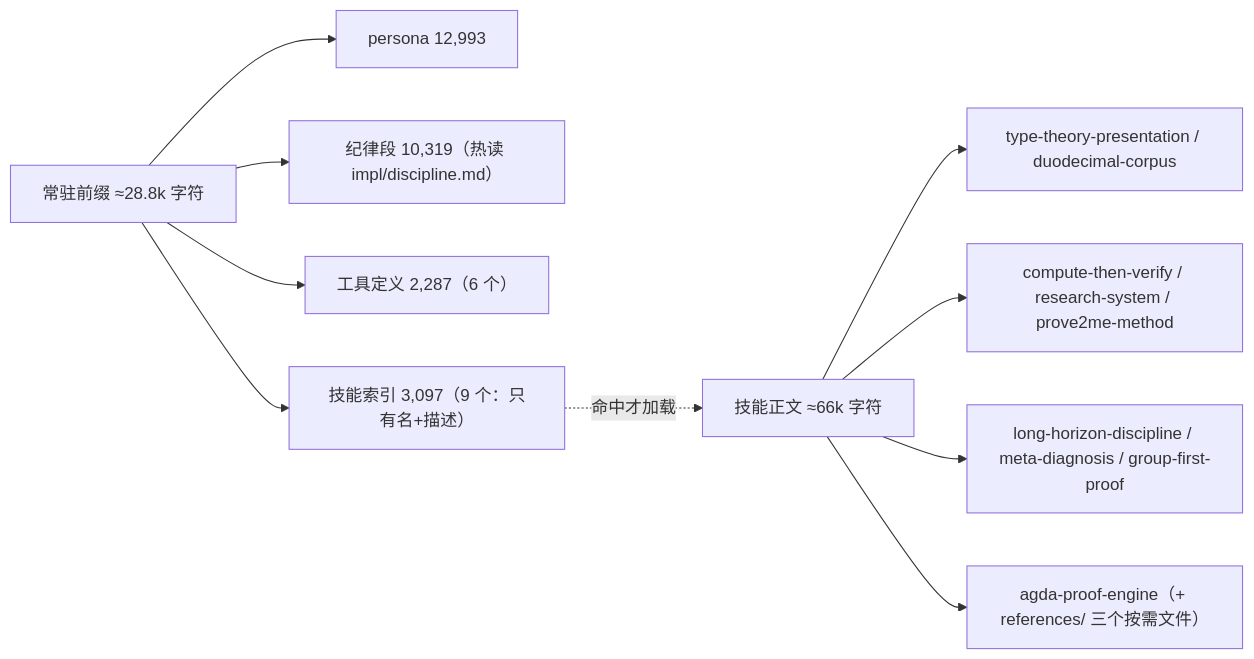
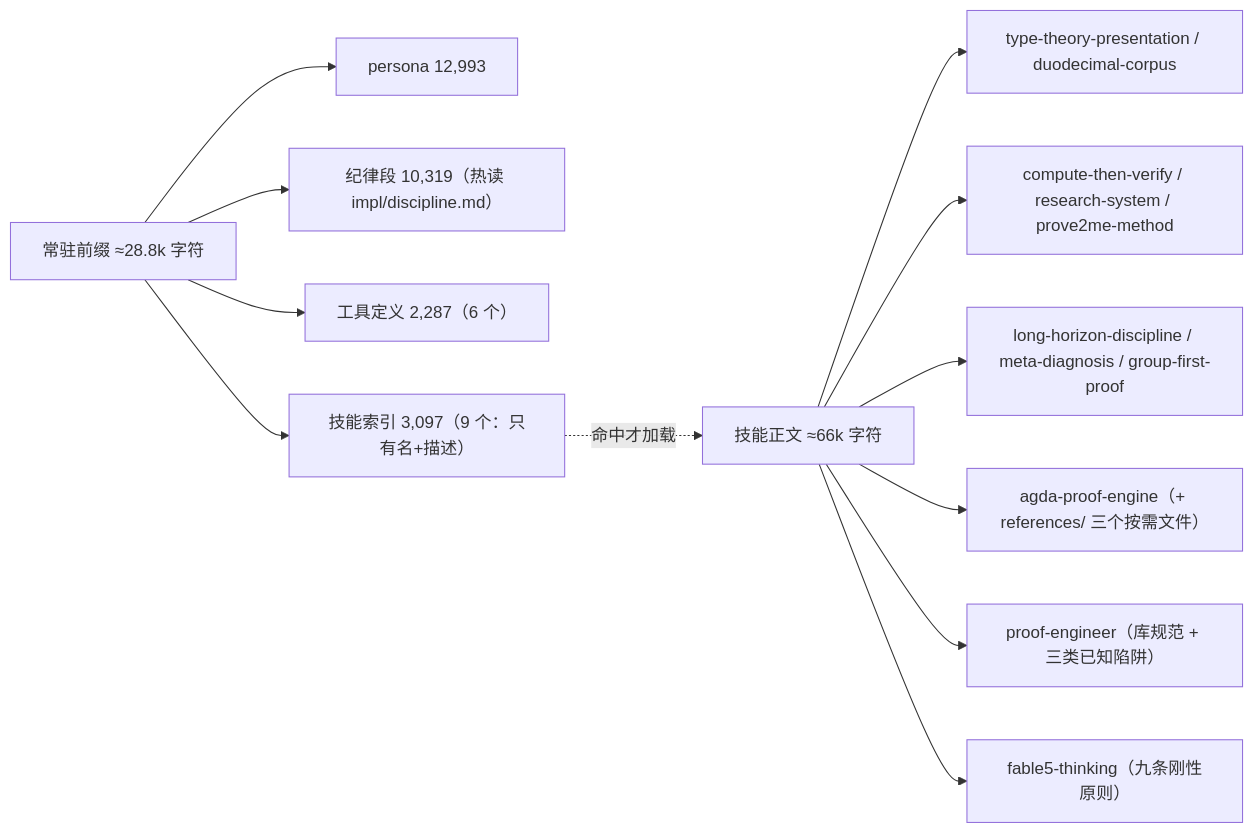
One commit to clearnature/dsh-math-proof changed the second of 2 diagrams in math-proof/docs/maps/M1-architecture.md. Above: the diagram before and after it, drawn with Mermaid. The commit also changed other lines of this file and 8 other files, not shown here.

First line of the commit message:
feat(skills): 打包 fable5-thinking 与 proof-engineer 随 preset 分发

````diff
--- a/math-proof/docs/maps/M1-architecture.md
+++ b/math-proof/docs/maps/M1-architecture.md
@@ -75,12 +75,14 @@
 ```mermaid
 graph LR
   P["常驻前缀 ≈28.8k 字符"] --> P1["persona 12,993"]
   P --> P2["纪律段 10,319（热读 impl/discipline.md）"]
   P --> P3["工具定义 2,287（6 个）"]
   P --> P4["技能索引 3,097（9 个：只有名+描述）"]
   P4 -.->|命中才加载| K["技能正文 ≈66k 字符"]
   K --> K1["type-theory-presentation / duodecimal-corpus"]
   K --> K2["compute-then-verify / research-system / prove2me-method"]
   K --> K3["long-horizon-discipline / meta-diagnosis / group-first-proof"]
   K --> K4["agda-proof-engine（+ references/ 三个按需文件）"]
+  K --> K5["proof-engineer（库规范 + 三类已知陷阱）"]
+  K --> K6["fable5-thinking（九条刚性原则）"]
 ```
````
